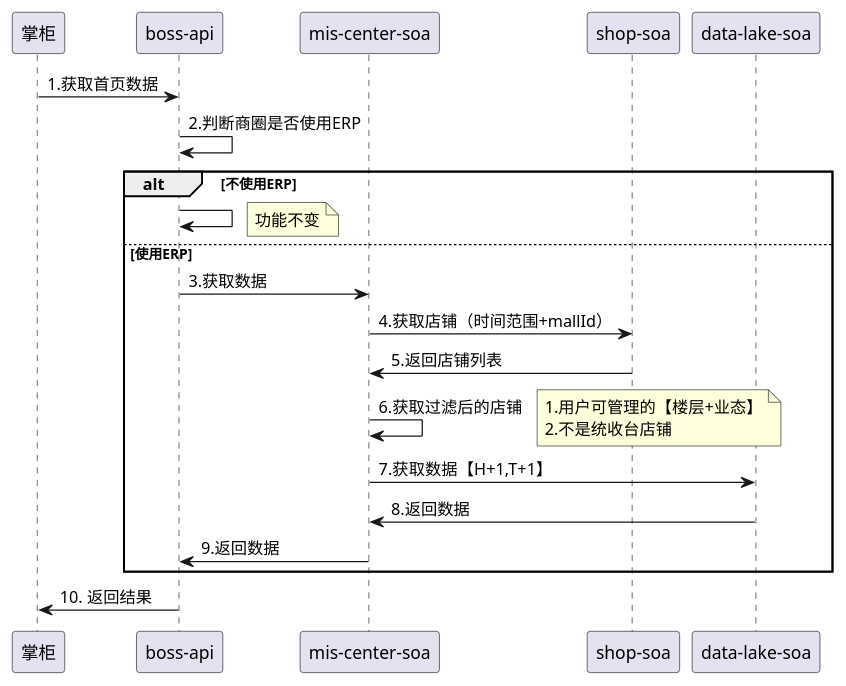
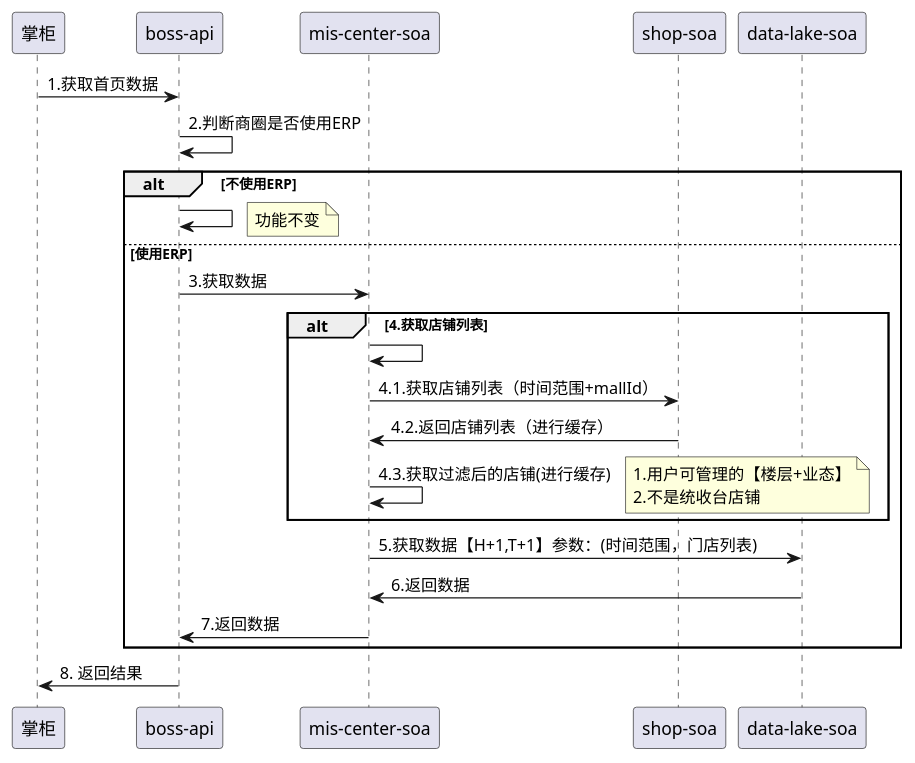
Before and after one commit to chenxingxing6/sourcecode: the diagram in study-uml/src/uml/lxh2.puml, drawn with PlantUML.

Commit message:
架构设计时序图

```diff
--- a/study-uml/src/uml/lxh2.puml
+++ b/study-uml/src/uml/lxh2.puml
@@ -1,23 +1,26 @@
 @startuml
 掌柜 -> api as "boss-api": 1.获取首页数据
 api -> api : 2.判断商圈是否使用ERP
 alt 不使用ERP
     api -> api:
     note right
       功能不变
     end note
 else 使用ERP
     api -> mis as "mis-center-soa": 3.获取数据
-    mis -> shop as "shop-soa" : 4.获取店铺（时间范围+mallId）
-    shop -> mis: 5.返回店铺列表
-    mis -> mis: 6.获取过滤后的店铺
-    note right
-       1.用户可管理的【楼层+业态】
-       2.不是统收台店铺
-    end note
-    mis -> data as "data-lake-soa": 7.获取数据【H+1,T+1】
-    data -> mis: 8.返回数据
-    mis -> api: 9.返回数据
+    alt 4.获取店铺列表
+        mis -> mis:
+         mis -> shop as "shop-soa" : 4.1.获取店铺列表（时间范围+mallId）
+         shop -> mis: 4.2.返回店铺列表（进行缓存）
+         mis -> mis: 4.3.获取过滤后的店铺(进行缓存)
+         note right
+            1.用户可管理的【楼层+业态】
+            2.不是统收台店铺
+         end note
+    end
+    mis -> data as "data-lake-soa": 5.获取数据【H+1,T+1】参数：(时间范围，门店列表)
+    data -> mis: 6.返回数据
+    mis -> api: 7.返回数据
 end
-api -> 掌柜 : 10. 返回结果
+api -> 掌柜 : 8. 返回结果
 @enduml
```
